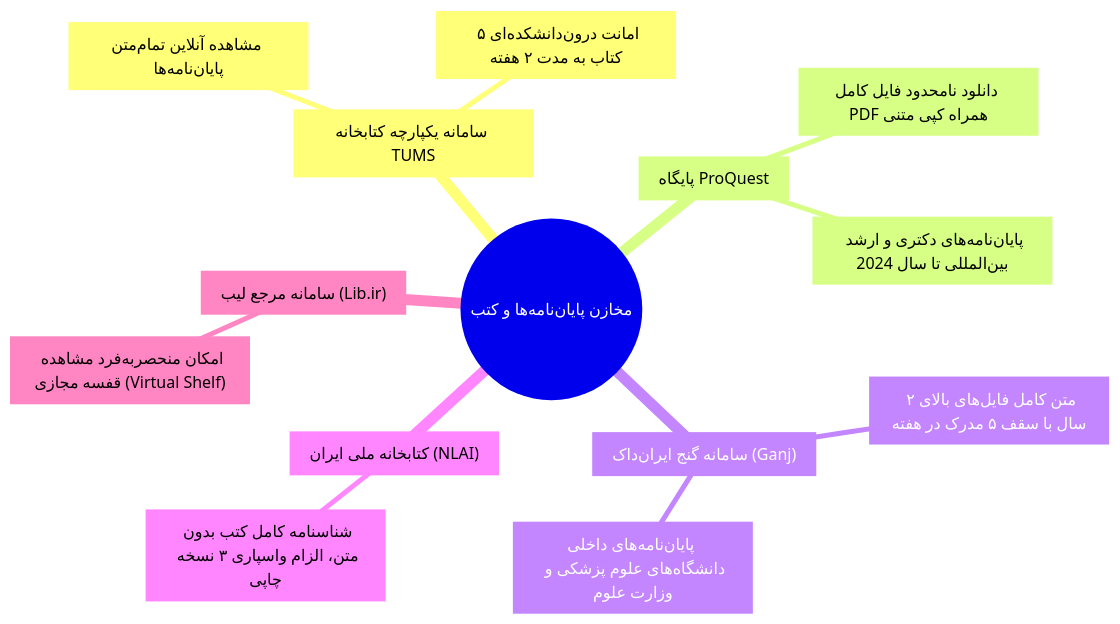
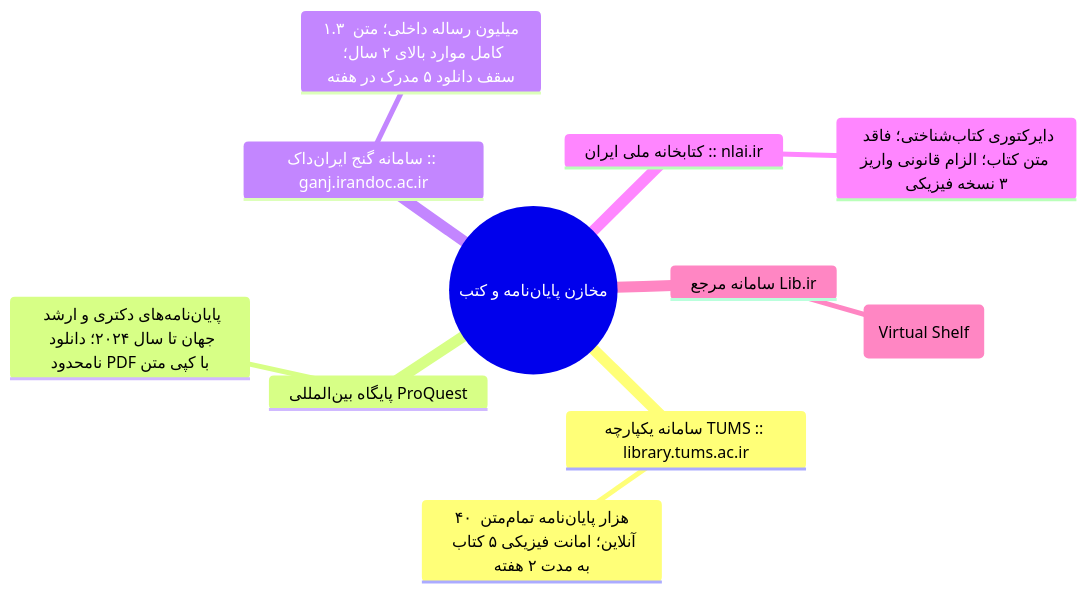
One commit to neopulse-hub/-TUMS-1402-2-material-notes- changed diagram 16 of 26 in 05/تکنولوژی و اطلاع‌رسانی/جزوه‌محور - خلاصه.md. Above: the diagram before and after it, drawn with Mermaid. The commit also changed other lines of this file, not shown here.

````diff
--- a/05/تکنولوژی و اطلاع‌رسانی/جزوه‌محور - خلاصه.md
+++ b/05/تکنولوژی و اطلاع‌رسانی/جزوه‌محور - خلاصه.md
@@ -220,17 +497,14 @@
 ```mermaid
 mindmap
-  root((مخازن پایان‌نامه‌ها و کتب))
-    ["سامانه یکپارچه کتابخانه TUMS"]
-      ["مشاهده آنلاین تمام‌متن پایان‌نامه‌ها"]
-      ["امانت درون‌دانشکده‌ای ۵ کتاب به مدت ۲ هفته"]
-    ["پایگاه ProQuest"]
-      ["پایان‌نامه‌های دکتری و ارشد بین‌المللی تا سال 2024"]
-      ["دانلود نامحدود فایل کامل PDF همراه کپی متنی"]
-    ["سامانه گنج ایران‌داک (Ganj)"]
-      ["پایان‌نامه‌های داخلی دانشگاه‌های علوم پزشکی و وزارت علوم"]
-      ["متن کامل فایل‌های بالای ۲ سال با سقف ۵ مدرک در هفته"]
-    ["کتابخانه ملی ایران (NLAI)"]
-      ["شناسنامه کامل کتب بدون متن، الزام واسپاری ۳ نسخه چاپی"]
-    ["سامانه مرجع لیب (Lib.ir)"]
-      ["امکان منحصر‌به‌فرد مشاهده قفسه مجازی (Virtual Shelf)"]
+  root((مخازن پایان‌نامه و کتب))
+    سامانه یکپارچه TUMS :: library.tums.ac.ir
+      ۴۰ هزار پایان‌نامه تمام‌متن آنلاین؛ امانت فیزیکی ۵ کتاب به مدت ۲ هفته
+    پایگاه بین‌المللی ProQuest
+      پایان‌نامه‌های دکتری و ارشد جهان تا سال ۲۰۲۴؛ دانلود نامحدود PDF با کپی متن
+    سامانه گنج ایران‌داک :: ganj.irandoc.ac.ir
+      ۱.۳ میلیون رساله داخلی؛ متن کامل موارد بالای ۲ سال؛ سقف دانلود ۵ مدرک در هفته
+    کتابخانه ملی ایران :: nlai.ir
+      دایرکتوری کتاب‌شناختی؛ فاقد متن کتاب؛ الزام قانونی واریز ۳ نسخه فیزیکی
+    سامانه مرجع Lib.ir
+      اتصال به شبکه کتابخانه‌های کشور؛ ویژگی منحصر‌به‌فرد قفسه مجازی (Virtual Shelf)
 ```
````
